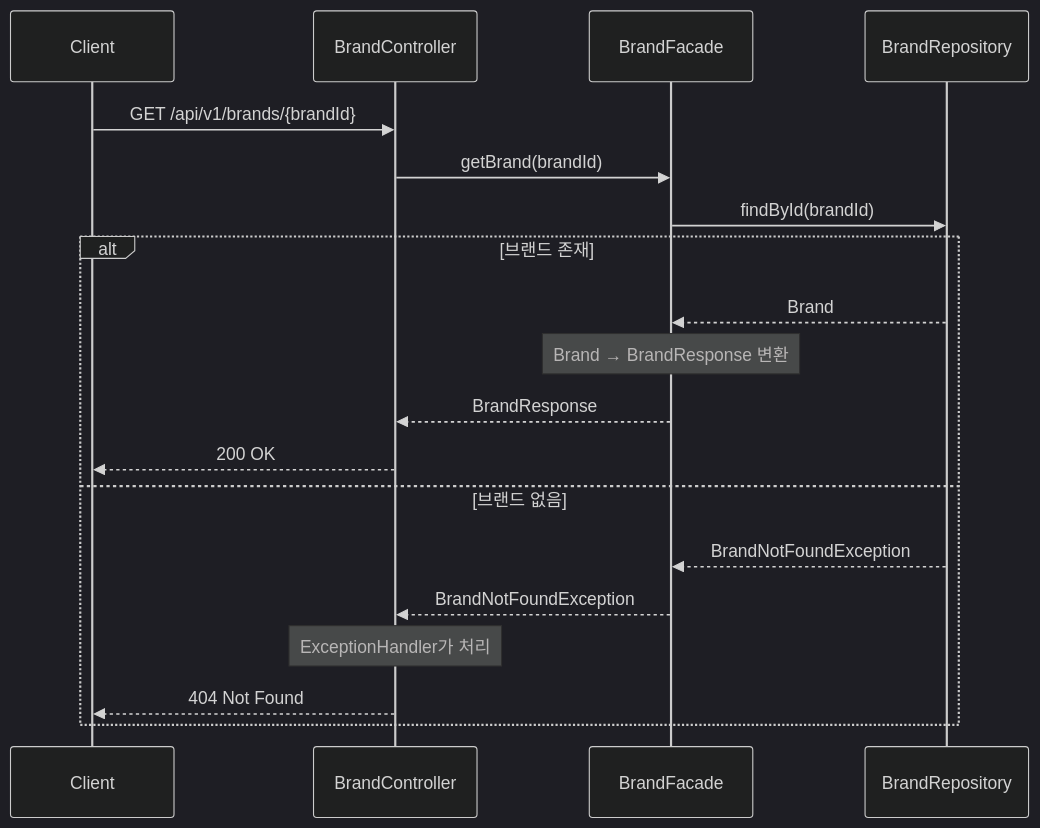
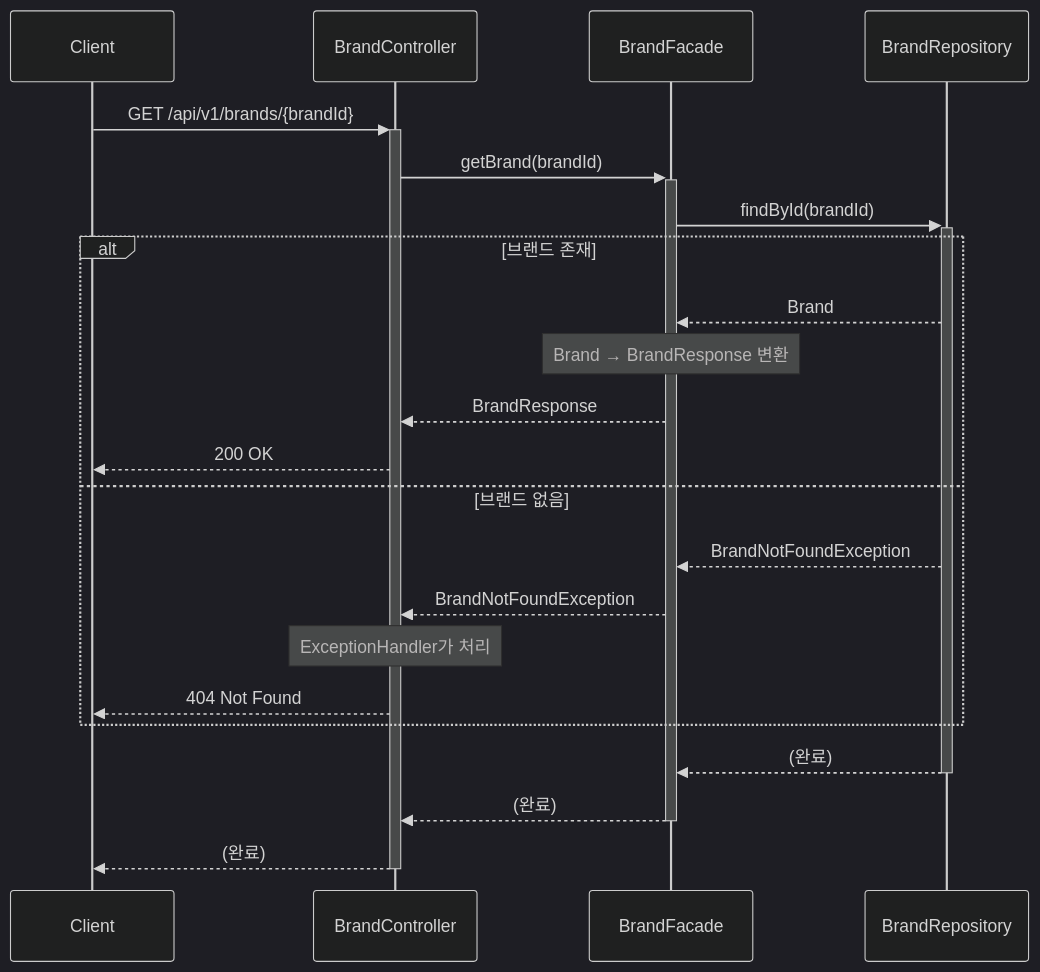
One commit to Loopers-dev-lab/loopers-spring-java-template changed the tenth of 16 diagrams in docs/week2/02-sequence-diagrams.md. Above: the diagram before and after it, drawn with Mermaid (dark theme). The commit also changed other lines of this file, not shown here.

Commit message:
docs: 시퀀스 다이어그램 activation bar 추가

````diff
--- a/docs/week2/02-sequence-diagrams.md
+++ b/docs/week2/02-sequence-diagrams.md
@@ -415,25 +415,29 @@
 ```mermaid
 sequenceDiagram
     participant Client
     participant BrandController
     participant BrandFacade
     participant BrandRepository
 
-    Client->>BrandController: GET /api/v1/brands/{brandId}
+    Client->>+BrandController: GET /api/v1/brands/{brandId}
 
-    BrandController->>BrandFacade: getBrand(brandId)
+    BrandController->>+BrandFacade: getBrand(brandId)
 
-    BrandFacade->>BrandRepository: findById(brandId)
+    BrandFacade->>+BrandRepository: findById(brandId)
 
     alt 브랜드 존재
         BrandRepository-->>BrandFacade: Brand
         Note over BrandFacade: Brand → BrandResponse 변환
         BrandFacade-->>BrandController: BrandResponse
         BrandController-->>Client: 200 OK
     else 브랜드 없음
         BrandRepository-->>BrandFacade: BrandNotFoundException
         BrandFacade-->>BrandController: BrandNotFoundException
         Note over BrandController: ExceptionHandler가 처리
         BrandController-->>Client: 404 Not Found
     end
+
+    BrandRepository-->>-BrandFacade: (완료)
+    BrandFacade-->>-BrandController: (완료)
+    BrandController-->>-Client: (완료)
 ```
````
